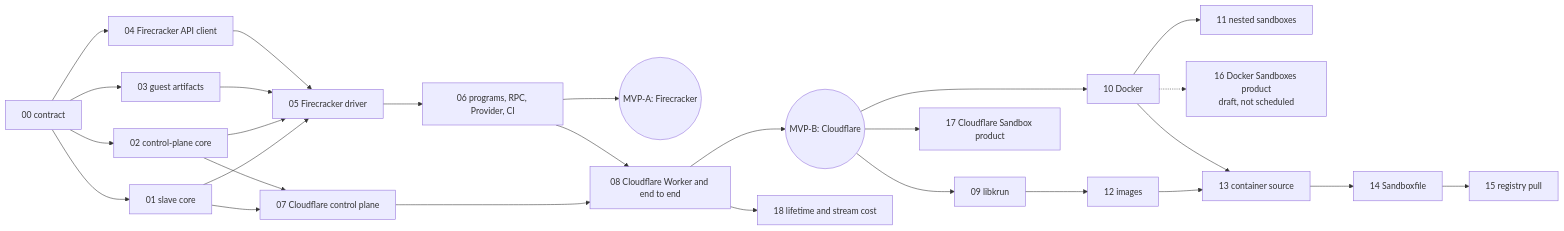
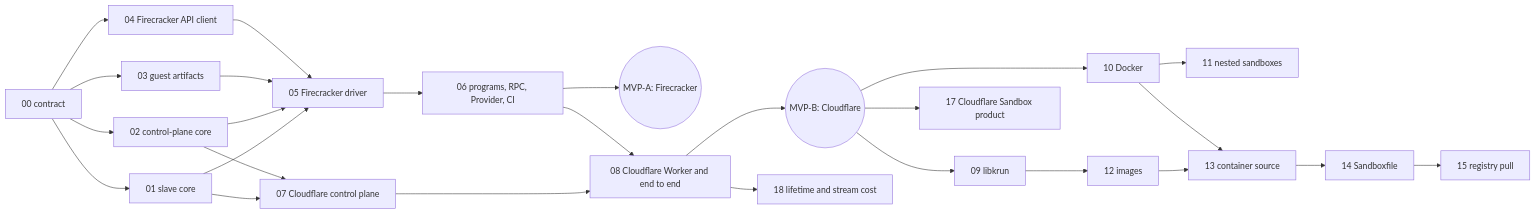
Before and after one commit to ewe-studios/ewe_platform: the second of 2 diagrams in specifications/77-foundation-platform-sandbox/requirements.md, drawn with Mermaid. The commit also changed other lines of this file and 2 other files, not shown here.

````diff
--- a/specifications/77-foundation-platform-sandbox/requirements.md
+++ b/specifications/77-foundation-platform-sandbox/requirements.md
@@ -589,26 +589,25 @@
 ```mermaid
 graph LR
   F00[00 contract] --> F01[01 slave core]
   F00 --> F02[02 control-plane core]
   F00 --> F03[03 guest artifacts]
   F00 --> F04[04 Firecracker API client]
   F01 --> F05[05 Firecracker driver]
   F02 --> F05
   F03 --> F05
   F04 --> F05
   F05 --> F06[06 programs, RPC, Provider, CI]
   F06 --> MA((MVP-A: Firecracker))
   F01 --> F07[07 Cloudflare control plane]
   F02 --> F07
   F07 --> F08[08 Cloudflare Worker and end to end]
   F06 --> F08
   F08 --> MB((MVP-B: Cloudflare))
   F08 --> F18[18 lifetime and stream cost]
   MB --> F09[09 libkrun]
   MB --> F10[10 Docker]
   F10 --> F11[11 nested sandboxes]
-  F10 -.-> F16[16 Docker Sandboxes product<br/>draft, not scheduled]
   MB --> F17[17 Cloudflare Sandbox product]
   F09 --> F12[12 images] --> F13[13 container source] --> F14[14 Sandboxfile] --> F15[15 registry pull]
   F10 --> F13
 ```
````
